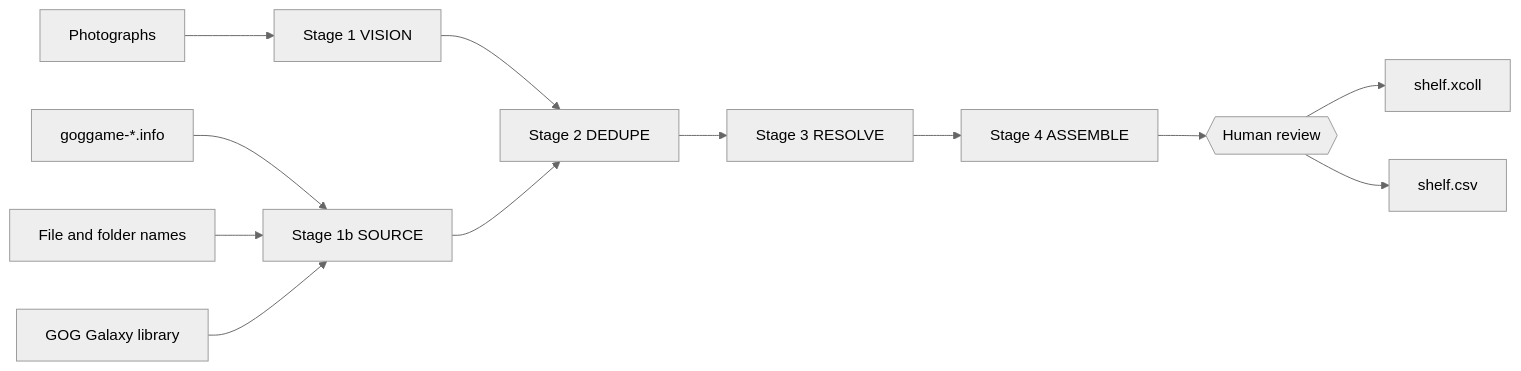
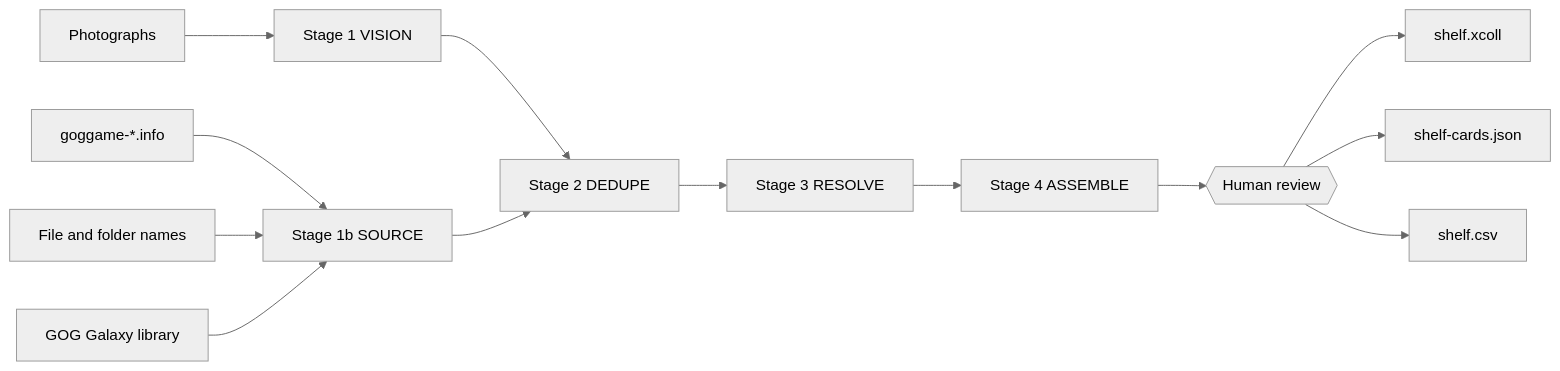
Before and after one commit to shinKatana0/shelfscan: the first of 3 diagrams in ARCHITECTURE.md, drawn with Mermaid (neutral theme). The commit also changed other lines of this file and 8 other files, not shown here.

````diff
--- a/ARCHITECTURE.md
+++ b/ARCHITECTURE.md
@@ -14,25 +16,27 @@
 ```mermaid
 flowchart LR
   photos["Photographs"]
   metafile["goggame-*.info"]
   names["File and folder names"]
   galaxy["GOG Galaxy library"]
 
   vision["Stage 1 VISION"]
   source["Stage 1b SOURCE"]
   dedupe["Stage 2 DEDUPE"]
   resolve["Stage 3 RESOLVE"]
   assemble["Stage 4 ASSEMBLE"]
   review{{"Human review"}}
   tonkatsu["shelf.xcoll"]
+  cards["shelf-cards.json"]
   csv["shelf.csv"]
 
   photos --> vision --> dedupe
   metafile --> source
   names --> source
   galaxy --> source
   source --> dedupe
   dedupe --> resolve --> assemble --> review
   review --> tonkatsu
+  review --> cards
   review --> csv
 ```
````
